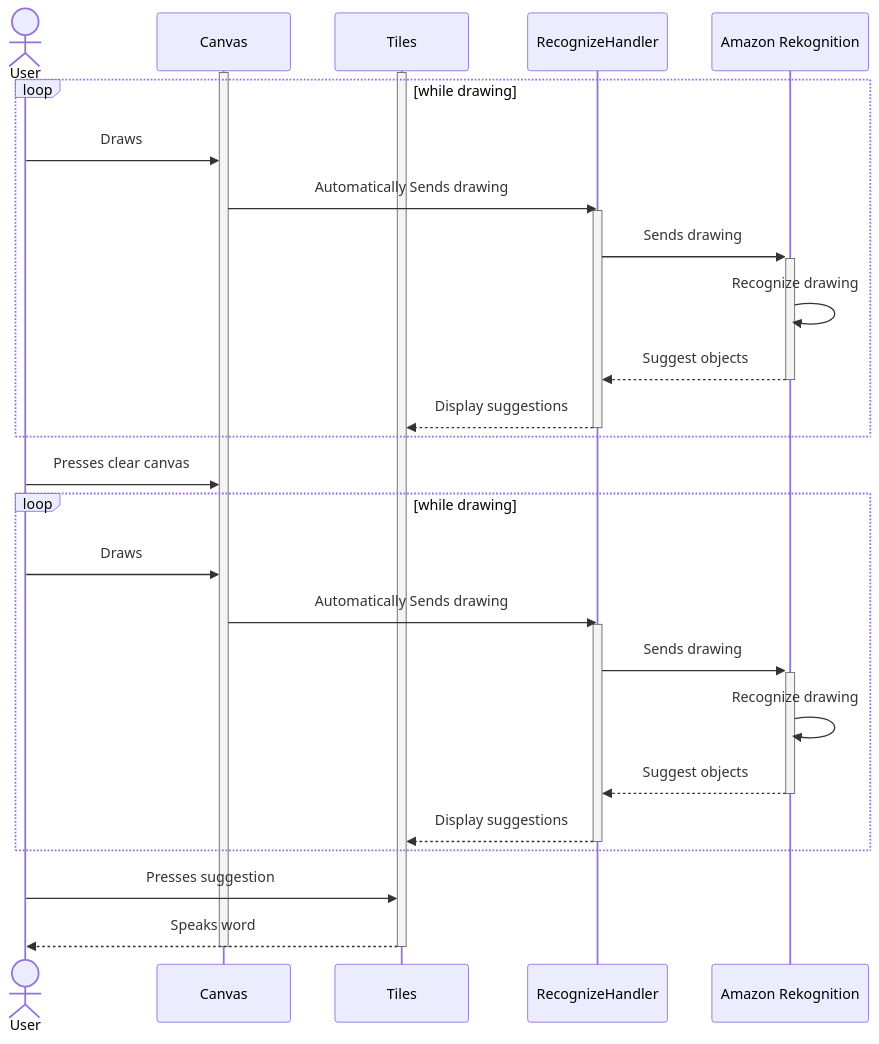
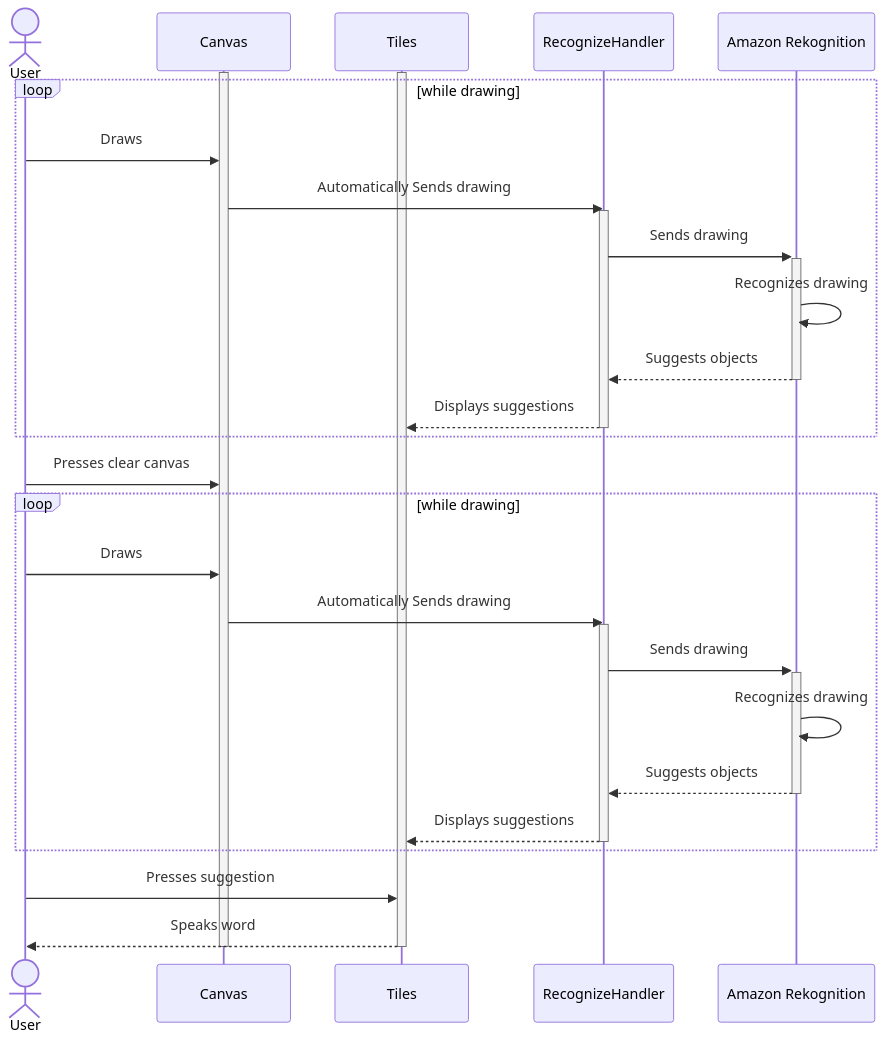
Before and after one commit to Capstone-Projects-2023-Fall/project-smartspeech: the second of 9 diagrams in documentation/docs/system-architecture/SequenceDiagrams.md, drawn with Mermaid. The commit also changed other lines of this file, not shown here.

Commit message:
Change verb tense to be more consistent

````diff
--- a/documentation/docs/system-architecture/SequenceDiagrams.md
+++ b/documentation/docs/system-architecture/SequenceDiagrams.md
@@ -52,41 +52,41 @@
 ```mermaid
 sequenceDiagram
     actor U as User
     participant C as Canvas
     participant T as Tiles
     participant RH as RecognizeHandler
     participant AR as Amazon Rekognition
 
     activate C
     activate T
     
     loop while drawing
         U->>C: Draws
         C->>RH: Automatically Sends drawing
         activate RH
         RH->>+AR: Sends drawing
-        AR->>AR: Recognize drawing
-        AR-->>-RH: Suggest objects
-        RH-->>T: Display suggestions
+        AR->>AR: Recognizes drawing
+        AR-->>-RH: Suggests objects
+        RH-->>T: Displays suggestions
         deactivate RH
     end
 
     U->>C: Presses clear canvas
 
     loop while drawing
         U->>C: Draws
         C->>RH: Automatically Sends drawing
         activate RH
         RH->>+AR: Sends drawing
-        AR->>AR: Recognize drawing
-        AR-->>-RH: Suggest objects
-        RH-->>T: Display suggestions
+        AR->>AR: Recognizes drawing
+        AR-->>-RH: Suggests objects
+        RH-->>T: Displays suggestions
         deactivate RH
     end
     
     U->>T: Presses suggestion
     T-->>U: Speaks word
 
     deactivate C
     deactivate T
 ```
````
